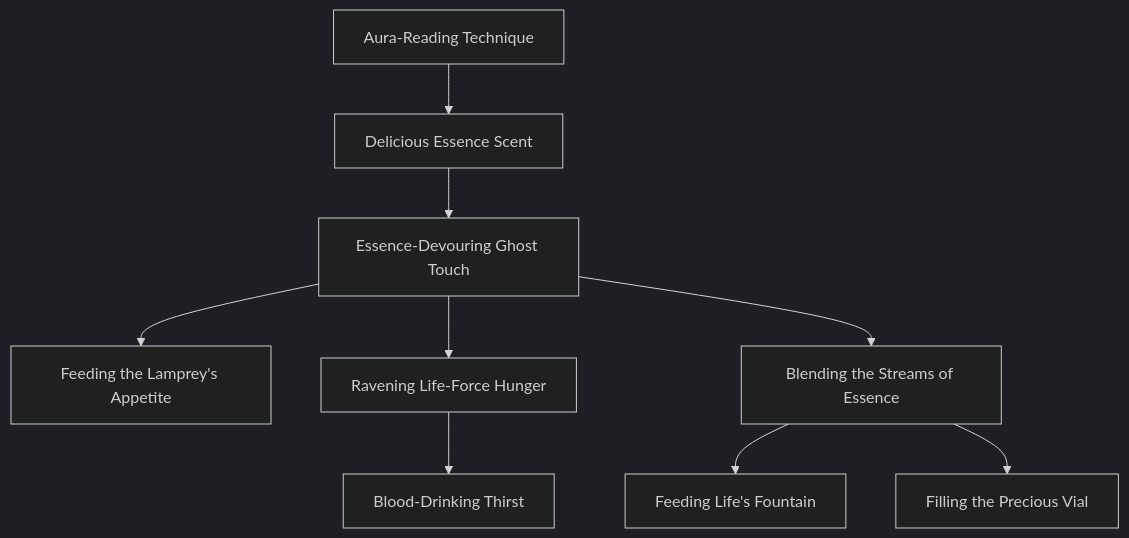
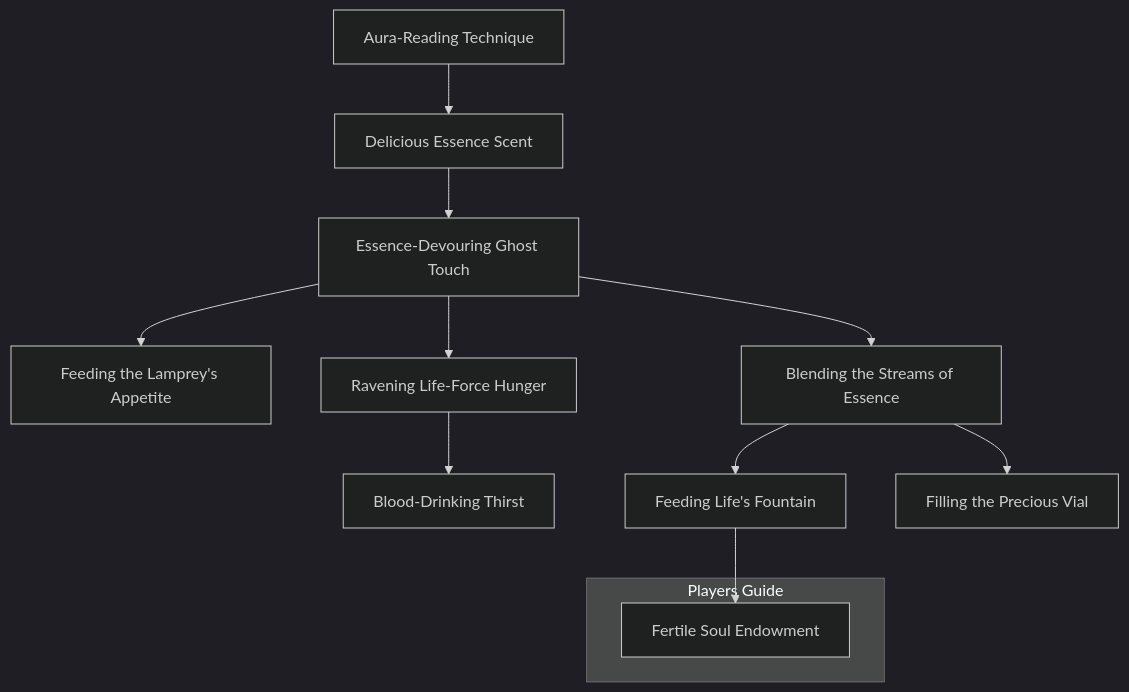
One commit to jrobichaud/exalted-charms-1e changed the diagram in docs/mermaid/arcanoi/essence_measuring_thief_arts_1.mmd. Above: the diagram before and after it, drawn with Mermaid. The commit also changed 10 other files, not shown here.

Commit message:
Player guide Charms

```diff
--- a/docs/mermaid/arcanoi/essence_measuring_thief_arts_1.mmd
+++ b/docs/mermaid/arcanoi/essence_measuring_thief_arts_1.mmd
@@ -298,3 +298,55 @@
         day. The expenditure of the Willpower seals the Vial and
         traps the Essence inside.
         "
+
+    subgraph Players Guide
+        fertile_soul_endowment[Fertile Soul Endowment]
+        click fertile_soul_endowment callback "
+            Fertile Soul Endowment<br>
+            <br>
+            Cost: 10 motes, 1 Willpower, 1 lethal health level<br>
+            Duration: Special<br>
+            Type: Simple<br>
+            Minimum Temperance: 3<br>
+            Minimum Essence: 3<br>
+            Prerequisite Charms: Feeding Life's Fountain<br>
+            <br>
+            With this Arcanos, a ghost may sire offspring with a
+            human, God-Blood or Exalted woman. The ghost must be
+            materialized, either through Weighted With the Anchor
+            of Flesh (see E:Ab, p. 237) or by siring the child in a
+            shadowland at night. It is also possible for the living to
+            facilitate mating with copious doses of ghost flower tea (see
+            Manacle and Coin, p. 45). Fertile Soul Endowment automatically
+            fails in the Underworld, as the very principles of
+            that dark realm oppose life. The ghost need not actually
+            copulate with the living partner, though the two must
+            exchange a minimum of a deep, passionate kiss. As such,
+            female ghosts may use this Arcanos as readily as males.
+            Finally, the living partner cannot already be pregnant.<br>
+            If all the appropriate conditions are met, the ghost's
+            player rolls Temperance + Essence against a difficulty of
+            the partner's Essence rating. Ghosts with appropriate
+            Passions may also channel them for additional dice, as
+            normal. A failure means the living partner's Essence re-
+            jects the energies and no conception takes place. A botch
+            means the partner immediately becomes sterile unless her
+            player makes a successful Stamina + Resistance roll (difficulty
+            2). Exalted and other magical beings do not risk
+            sterility from such a union.<br>
+            A successful roll on the part of the ghost means the
+            partner immediately conceives a Ghost-Blooded offspring,
+            which she then carries to term normally. The living partner
+            need not be willing or even know that conception has taken
+            place. Essence used to power this Arcanos remains commit-
+            ted until the birth of the child. The ghost may not voluntarily
+            withdraw this commitment, and even the destruction of the
+            ghost does not release the Essence prior to birth or end the
+            pregnancy. A Ghost-Blooded child born of such a union will
+            have innate power appropriate to the total Essence of its
+            parents as normal. Ghosts that sire offspring upon Exalted
+            women are more apt to produce Half-Caste children, though
+            the Arcanos still affords the certainty of conception.
+            "
+    end
+    feeding_lifes_fountain --> fertile_soul_endowment
```
